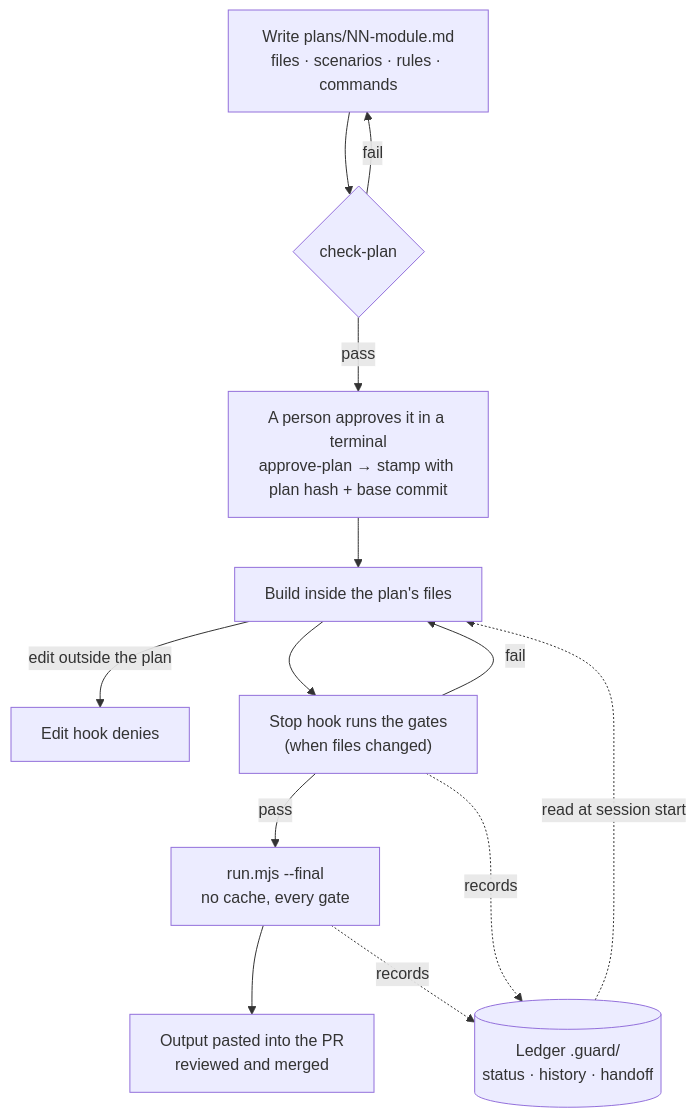
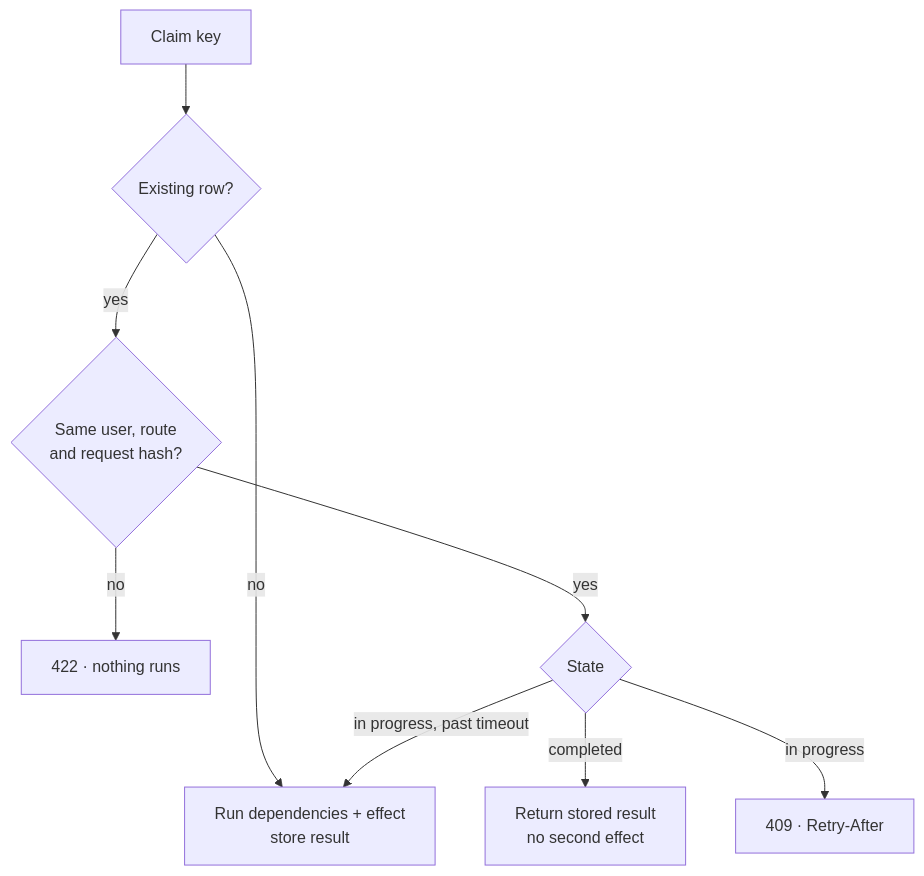
Before and after one commit to skojic/secure-file-vault: the second of 2 diagrams in README.md, drawn with Mermaid. The commit also changed other lines of this file and 38 other files, not shown here.

First line of the commit message:
Replace workflow gates with request-flow guardrails

````diff
--- a/README.md
+++ b/README.md
@@ -61,15 +76,11 @@
 ```mermaid
 flowchart TD
-  A["Write plans/NN-module.md<br/>files · scenarios · rules · commands"] --> B{"check-plan"}
-  B -- fail --> A
-  B -- pass --> C["A person approves it in a terminal<br/>approve-plan → stamp with plan hash + base commit"]
-  C --> D["Build inside the plan's files"]
-  D -->|"edit outside the plan"| X["Edit hook denies"]
-  D --> E["Stop hook runs the gates<br/>(when files changed)"]
-  E -- fail --> D
-  E -- pass --> F["run.mjs --final<br/>no cache, every gate"]
-  F --> G["Output pasted into the PR<br/>reviewed and merged"]
-  E -. records .-> L[("Ledger .guard/<br/>status · history · handoff")]
-  F -. records .-> L
-  L -. read at session start .-> D
+  K["Claim key"] --> N{"Existing row?"}
+  N -- no --> Run["Run dependencies + effect<br/>store result"]
+  N -- yes --> M{"Same user, route<br/>and request hash?"}
+  M -- no --> R422["422 · nothing runs"]
+  M -- yes --> St{"State"}
+  St -- completed --> Rep["Return stored result<br/>no second effect"]
+  St -- "in progress" --> R409["409 · Retry-After"]
+  St -- "in progress, past timeout" --> Run
 ```
````
